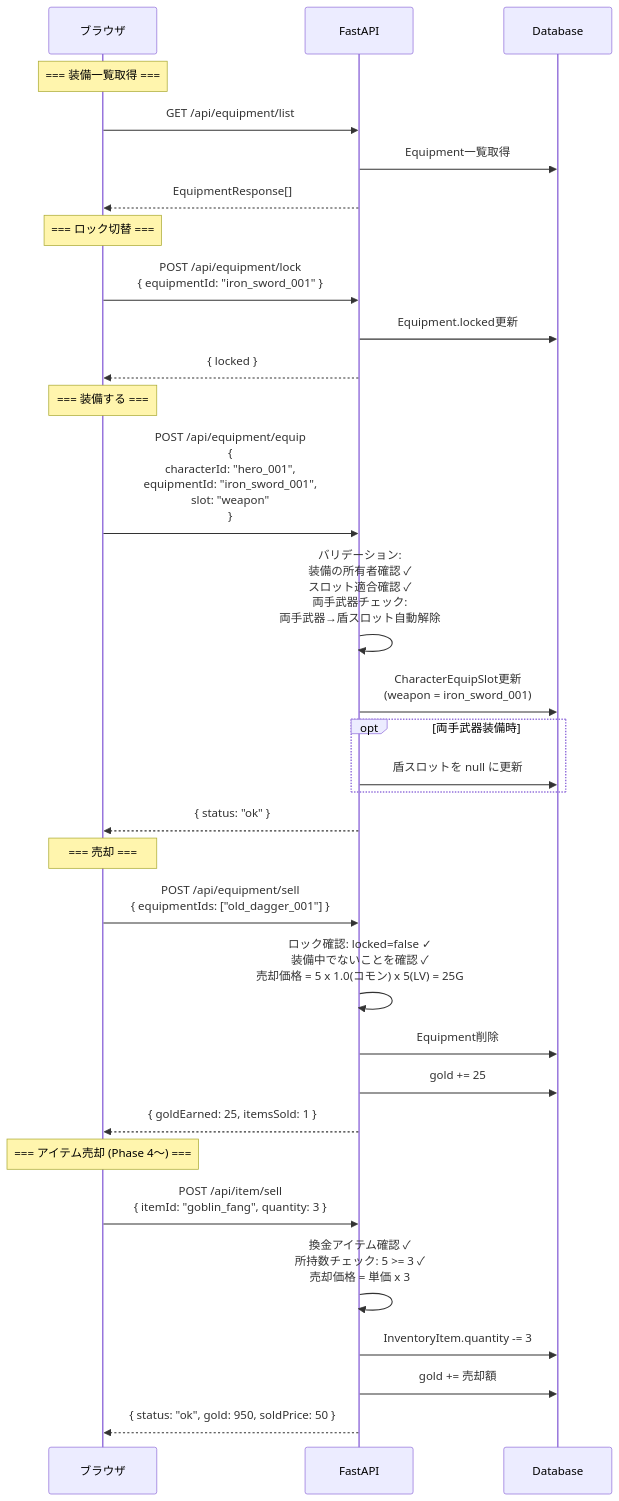
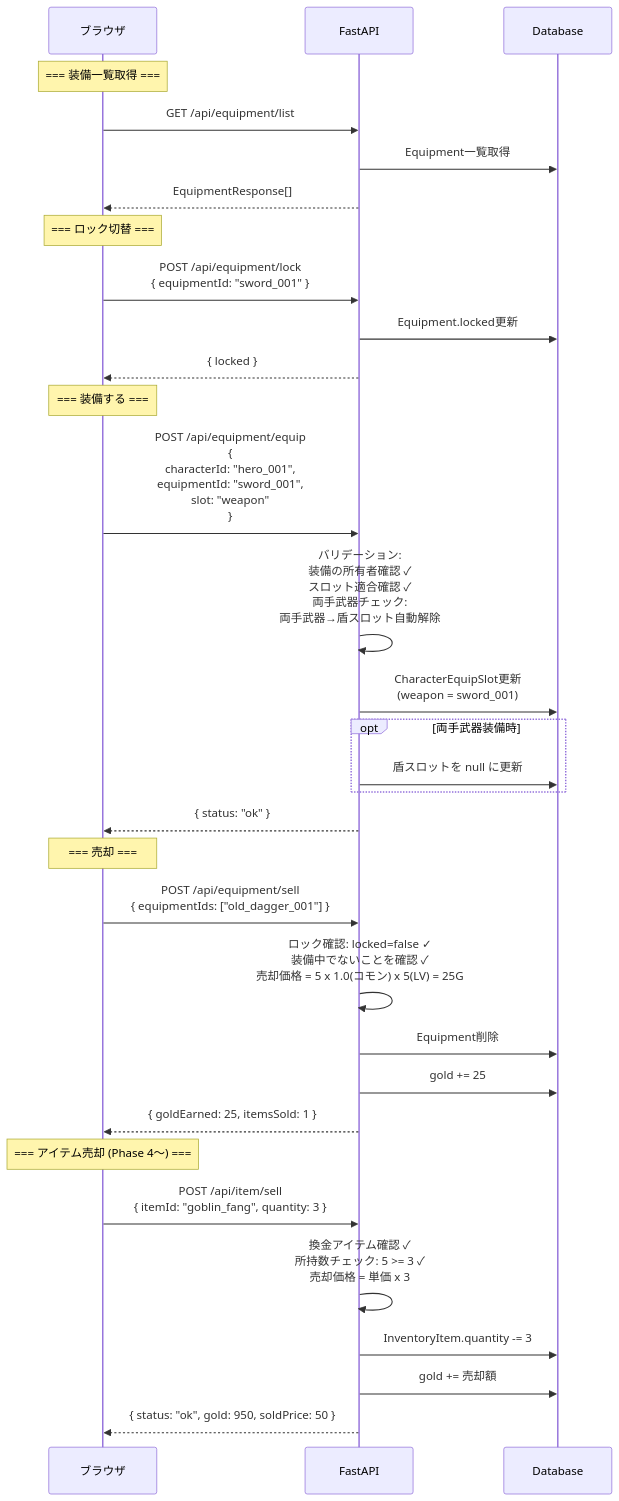
The third of 3 diagrams in diagrams/api_sequence/gameplay.md (dateeee/2026_AFKGAME), drawn with Mermaid before and after one commit. The commit also changed other lines of this file and 14 other files, not shown here.

First line of the commit message:
docs: レビュー指摘20件を仕様書・設計図へ反映

````diff
--- a/diagrams/api_sequence/gameplay.md
+++ b/diagrams/api_sequence/gameplay.md
@@ -106,49 +114,49 @@
 ```mermaid
 %%{init: {'theme': 'default', 'sequence': {'actorFontSize': 18, 'messageFontSize': 16, 'noteFontSize': 14}} }%%
 sequenceDiagram
     participant B as ブラウザ
     participant API as FastAPI
     participant DB as Database
 
     Note over B: === 装備一覧取得 ===
 
     B->>API: GET /api/equipment/list
     API->>DB: Equipment一覧取得
     API-->>B: EquipmentResponse[]
 
     Note over B: === ロック切替 ===
 
-    B->>API: POST /api/equipment/lock<br/>{ equipmentId: "iron_sword_001" }
+    B->>API: POST /api/equipment/lock<br/>{ equipmentId: "sword_001" }
     API->>DB: Equipment.locked更新
     API-->>B: { locked }
 
     Note over B: === 装備する ===
 
-    B->>API: POST /api/equipment/equip<br/>{<br/>  characterId: "hero_001",<br/>  equipmentId: "iron_sword_001",<br/>  slot: "weapon"<br/>}
+    B->>API: POST /api/equipment/equip<br/>{<br/>  characterId: "hero_001",<br/>  equipmentId: "sword_001",<br/>  slot: "weapon"<br/>}
 
     API->>API: バリデーション:<br/>装備の所有者確認 ✓<br/>スロット適合確認 ✓<br/>両手武器チェック:<br/>  両手武器→盾スロット自動解除
 
-    API->>DB: CharacterEquipSlot更新<br/>(weapon = iron_sword_001)
+    API->>DB: CharacterEquipSlot更新<br/>(weapon = sword_001)
 
     opt 両手武器装備時
         API->>DB: 盾スロットを null に更新
     end
 
     API-->>B: { status: "ok" }
 
     Note over B: === 売却 ===
 
     B->>API: POST /api/equipment/sell<br/>{ equipmentIds: ["old_dagger_001"] }
     API->>API: ロック確認: locked=false ✓<br/>装備中でないことを確認 ✓<br/>売却価格 = 5 x 1.0(コモン) x 5(LV) = 25G
     API->>DB: Equipment削除
     API->>DB: gold += 25
     API-->>B: { goldEarned: 25, itemsSold: 1 }
 
     Note over B: === アイテム売却 (Phase 4〜) ===
 
     B->>API: POST /api/item/sell<br/>{ itemId: "goblin_fang", quantity: 3 }
     API->>API: 換金アイテム確認 ✓<br/>所持数チェック: 5 >= 3 ✓<br/>売却価格 = 単価 x 3
     API->>DB: InventoryItem.quantity -= 3
     API->>DB: gold += 売却額
     API-->>B: { status: "ok", gold: 950, soldPrice: 50 }
 ```
````
